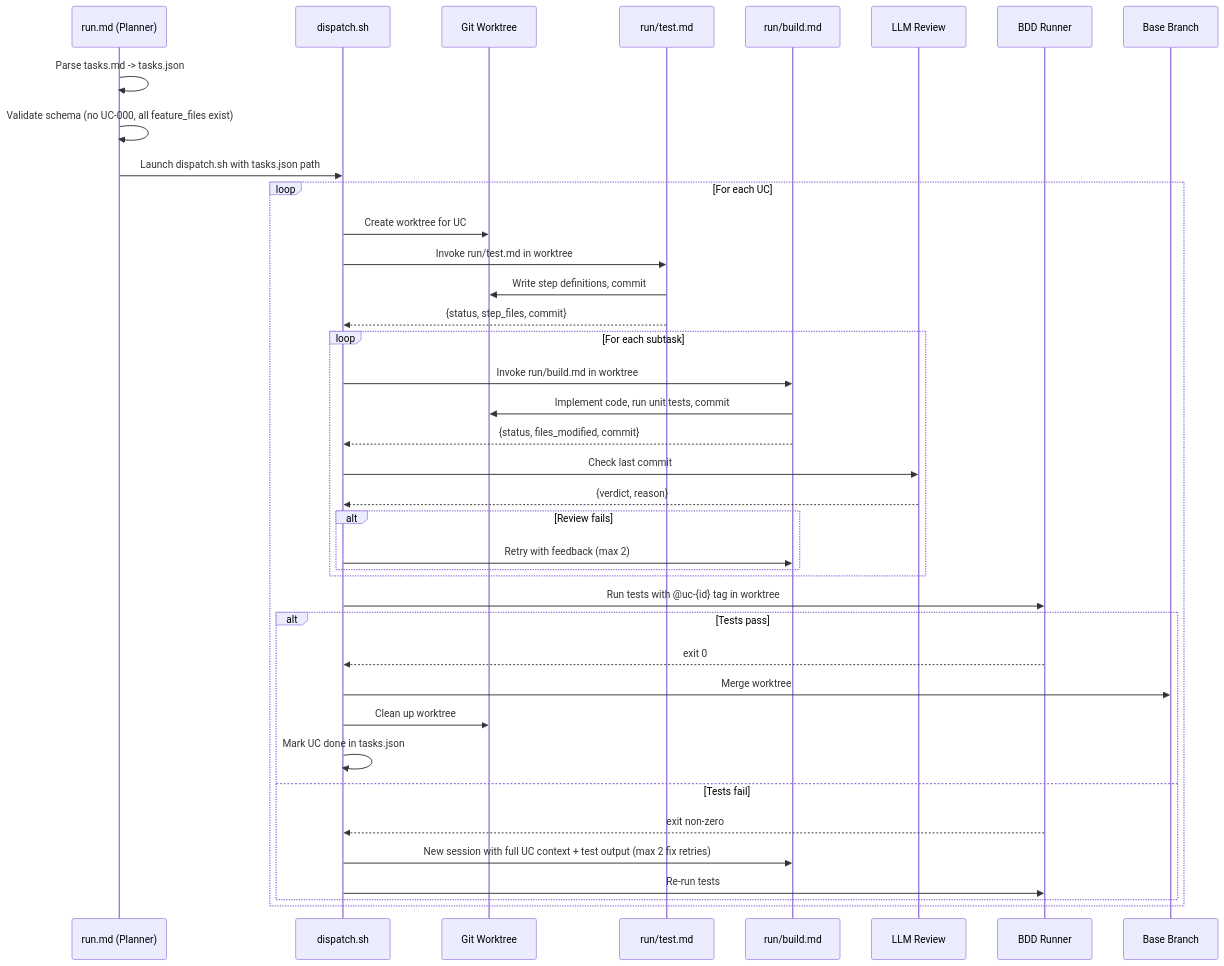
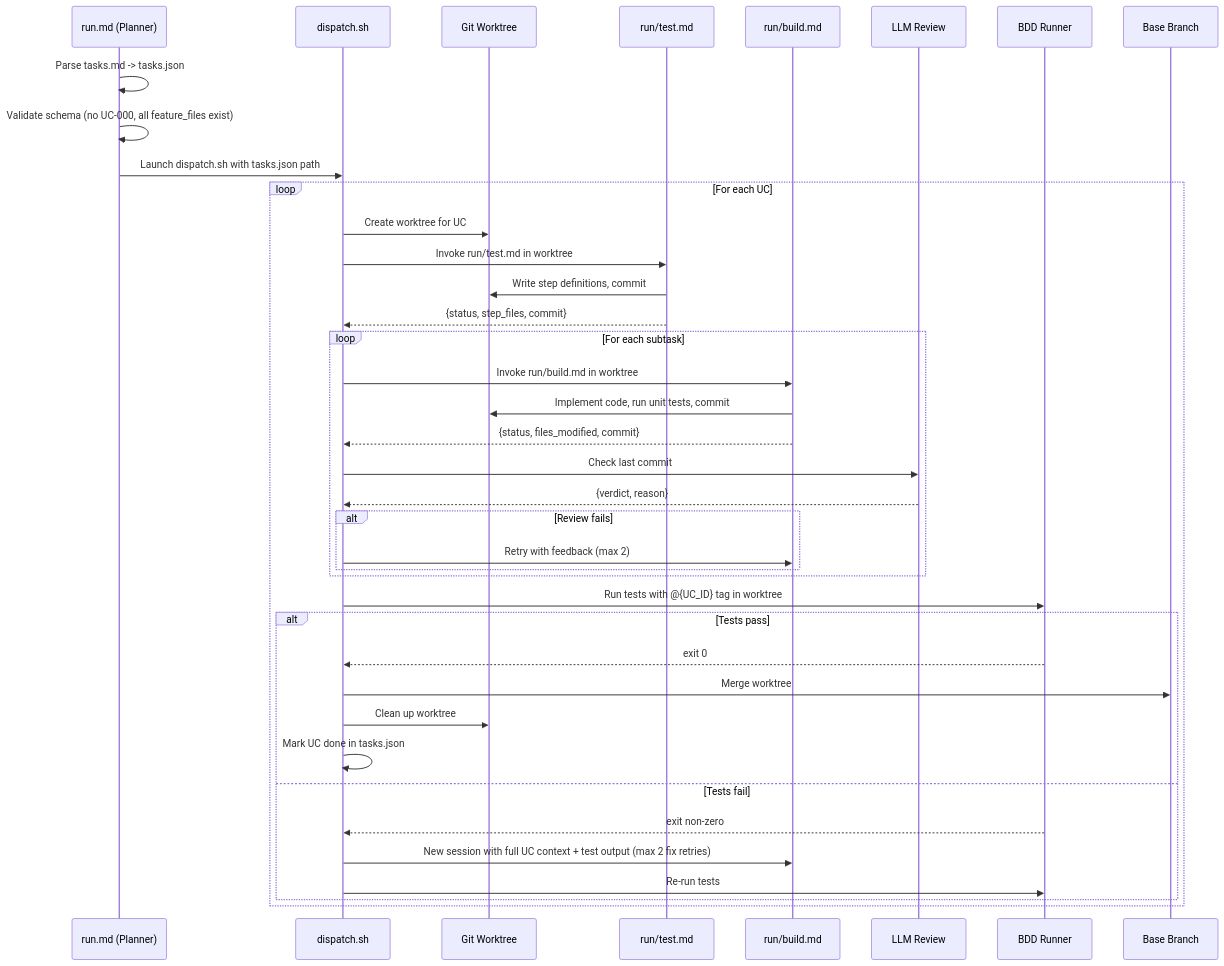
The second of 4 diagrams in prd/specs/20260316-1650-simplified_dispatch_pipeline/spec.md (MolcajeteAI/plugin), drawn with Mermaid before and after one commit. The commit also changed other lines of this file and 6 other files, not shown here.

````diff
--- a/prd/specs/20260316-1650-simplified_dispatch_pipeline/spec.md
+++ b/prd/specs/20260316-1650-simplified_dispatch_pipeline/spec.md
@@ -435,45 +433,45 @@
 ```mermaid
 sequenceDiagram
     participant Run as run.md (Planner)
     participant Dispatch as dispatch.sh
     participant WT as Git Worktree
     participant Tester as run/test.md
     participant Dev as run/build.md
     participant Review as LLM Review
     participant BDD as BDD Runner
     participant Base as Base Branch
 
     Run->>Run: Parse tasks.md -> tasks.json
     Run->>Run: Validate schema (no UC-000, all feature_files exist)
     Run->>Dispatch: Launch dispatch.sh with tasks.json path
 
     loop For each UC
         Dispatch->>WT: Create worktree for UC
         Dispatch->>Tester: Invoke run/test.md in worktree
         Tester->>WT: Write step definitions, commit
         Tester-->>Dispatch: {status, step_files, commit}
 
         loop For each subtask
             Dispatch->>Dev: Invoke run/build.md in worktree
             Dev->>WT: Implement code, run unit tests, commit
             Dev-->>Dispatch: {status, files_modified, commit}
             Dispatch->>Review: Check last commit
             Review-->>Dispatch: {verdict, reason}
             alt Review fails
                 Dispatch->>Dev: Retry with feedback (max 2)
             end
         end
 
-        Dispatch->>BDD: Run tests with @uc-{id} tag in worktree
+        Dispatch->>BDD: Run tests with @{UC_ID} tag in worktree
         alt Tests pass
             BDD-->>Dispatch: exit 0
             Dispatch->>Base: Merge worktree
             Dispatch->>WT: Clean up worktree
             Dispatch->>Dispatch: Mark UC done in tasks.json
         else Tests fail
             BDD-->>Dispatch: exit non-zero
             Dispatch->>Dev: New session with full UC context + test output (max 2 fix retries)
             Dispatch->>BDD: Re-run tests
         end
     end
 ```
````
